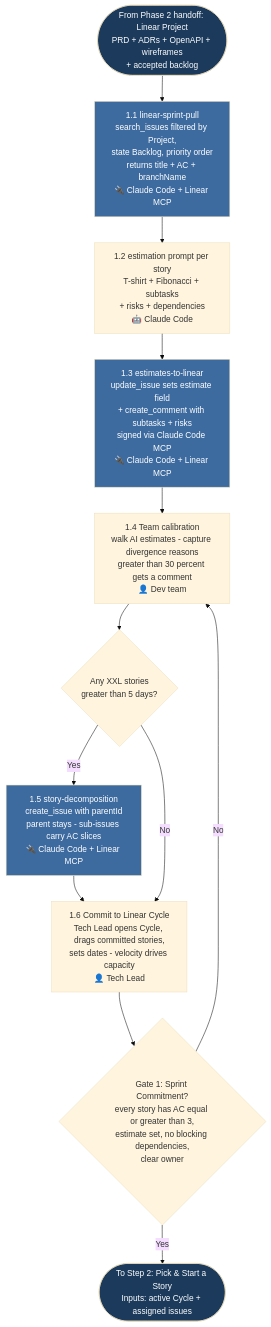
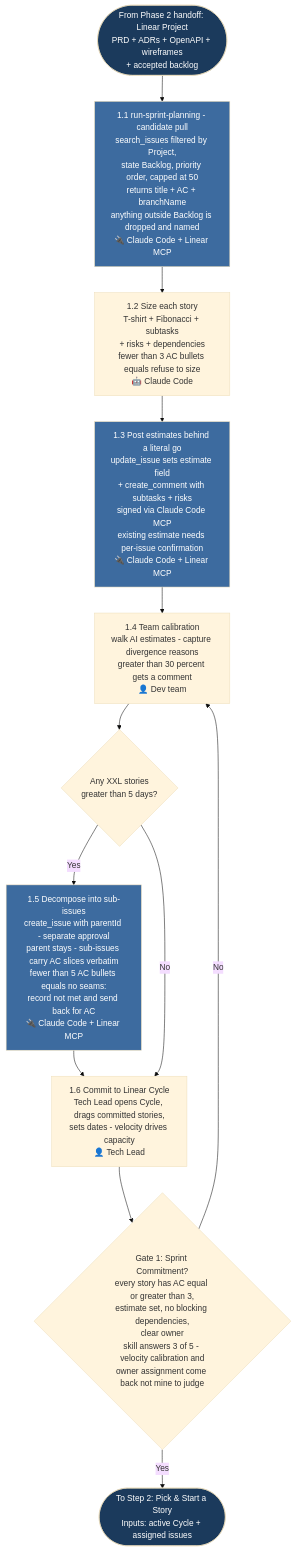
Before and after one commit to kalpat-allion/ai-dlc: the second of 8 diagrams in aidlc-phases/03-development/FLOWCHART.md, drawn with Mermaid (base theme). The commit also changed other lines of this file and 16 other files, not shown here.

First line of the commit message:
feat(phase-3): convert remaining development prompts into four Claude Code artifacts

````diff
--- a/aidlc-phases/03-development/FLOWCHART.md
+++ b/aidlc-phases/03-development/FLOWCHART.md
@@ -101,26 +105,26 @@
 ```mermaid
 flowchart TD
     SP_IN([From Phase 2 handoff: Linear Project<br/>PRD + ADRs + OpenAPI + wireframes<br/>+ accepted backlog]) --> SP1
 
-    SP1[1.1 linear-sprint-pull<br/>search_issues filtered by Project,<br/>state Backlog, priority order<br/>returns title + AC + branchName<br/>🔌 Claude Code + Linear MCP] --> SP2
-    SP2[1.2 estimation prompt per story<br/>T-shirt + Fibonacci + subtasks<br/>+ risks + dependencies<br/>🤖 Claude Code] --> SP3
-    SP3[1.3 estimates-to-linear<br/>update_issue sets estimate field<br/>+ create_comment with subtasks + risks<br/>signed via Claude Code MCP<br/>🔌 Claude Code + Linear MCP] --> SP4
+    SP1[1.1 run-sprint-planning - candidate pull<br/>search_issues filtered by Project,<br/>state Backlog, priority order, capped at 50<br/>returns title + AC + branchName<br/>anything outside Backlog is dropped and named<br/>🔌 Claude Code + Linear MCP] --> SP2
+    SP2[1.2 Size each story<br/>T-shirt + Fibonacci + subtasks<br/>+ risks + dependencies<br/>fewer than 3 AC bullets equals refuse to size<br/>🤖 Claude Code] --> SP3
+    SP3[1.3 Post estimates behind a literal go<br/>update_issue sets estimate field<br/>+ create_comment with subtasks + risks<br/>signed via Claude Code MCP<br/>existing estimate needs per-issue confirmation<br/>🔌 Claude Code + Linear MCP] --> SP4
     SP4[1.4 Team calibration<br/>walk AI estimates - capture divergence reasons<br/>greater than 30 percent gets a comment<br/>👤 Dev team] --> SP5
 
     SP5{Any XXL stories<br/>greater than 5 days?}
-    SP5 -- Yes --> SP5A[1.5 story-decomposition<br/>create_issue with parentId<br/>parent stays - sub-issues carry AC slices<br/>🔌 Claude Code + Linear MCP]
+    SP5 -- Yes --> SP5A[1.5 Decompose into sub-issues<br/>create_issue with parentId - separate approval<br/>parent stays - sub-issues carry AC slices verbatim<br/>fewer than 5 AC bullets equals no seams:<br/>record not met and send back for AC<br/>🔌 Claude Code + Linear MCP]
     SP5A --> SP6
     SP5 -- No --> SP6
 
     SP6[1.6 Commit to Linear Cycle<br/>Tech Lead opens Cycle, drags committed stories,<br/>sets dates - velocity drives capacity<br/>👤 Tech Lead] --> G1
 
-    G1{Gate 1: Sprint Commitment?<br/>every story has AC equal or greater than 3,<br/>estimate set, no blocking dependencies,<br/>clear owner}
+    G1{Gate 1: Sprint Commitment?<br/>every story has AC equal or greater than 3,<br/>estimate set, no blocking dependencies,<br/>clear owner<br/>skill answers 3 of 5 - velocity calibration and<br/>owner assignment come back not mine to judge}
     G1 -- No --> SP4
     G1 -- Yes --> SP_OUT([To Step 2: Pick & Start a Story<br/>Inputs: active Cycle + assigned issues])
 
     style SP_IN fill:#1B3A5C,color:#fff
     style SP_OUT fill:#1B3A5C,color:#fff
     style SP1 fill:#3D6B9F,color:#fff
     style SP3 fill:#3D6B9F,color:#fff
     style SP5A fill:#3D6B9F,color:#fff
 ```
````
